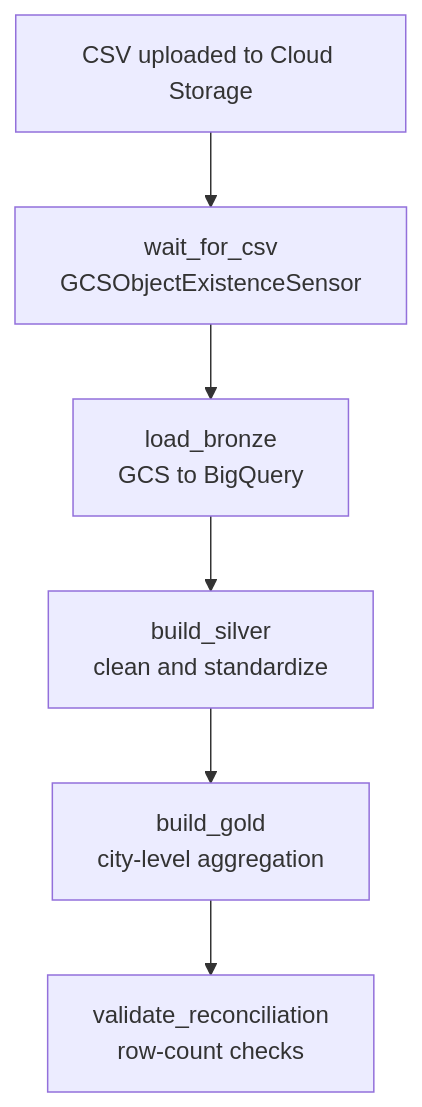
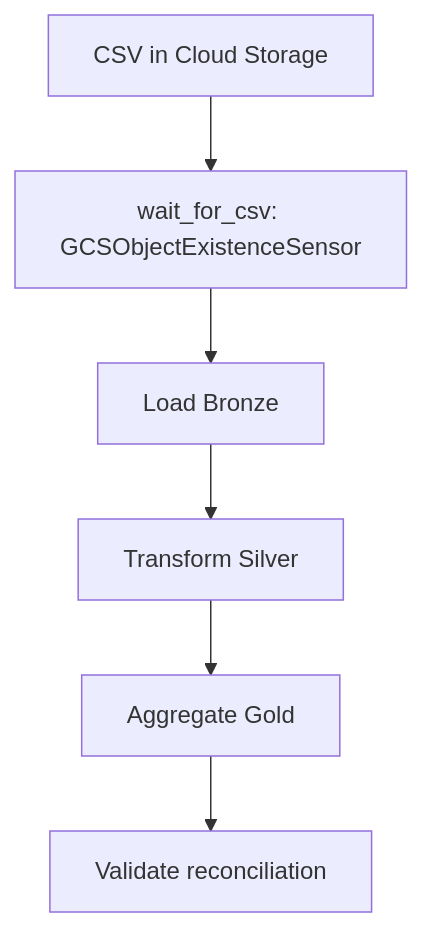
Before and after one commit to cloudwithpavan/cloudpulse-gcp-customer-lakehouse: the first of 2 diagrams in cloudpulse-documentation/docs/architecture.md, drawn with Mermaid. The commit also changed other lines of this file and 23 other files, not shown here.

````diff
--- a/cloudpulse-documentation/docs/architecture.md
+++ b/cloudpulse-documentation/docs/architecture.md
@@ -5,8 +5,8 @@
 ```mermaid
 flowchart TD
-    A[CSV uploaded to Cloud Storage] --> B[wait_for_csv<br/>GCSObjectExistenceSensor]
-    B --> C[load_bronze<br/>GCS to BigQuery]
-    C --> D[build_silver<br/>clean and standardize]
-    D --> E[build_gold<br/>city-level aggregation]
-    E --> F[validate_reconciliation<br/>row-count checks]
+    A[CSV in Cloud Storage] --> B[wait_for_csv: GCSObjectExistenceSensor]
+    B --> C[Load Bronze]
+    C --> D[Transform Silver]
+    D --> E[Aggregate Gold]
+    E --> F[Validate reconciliation]
 ```
````
